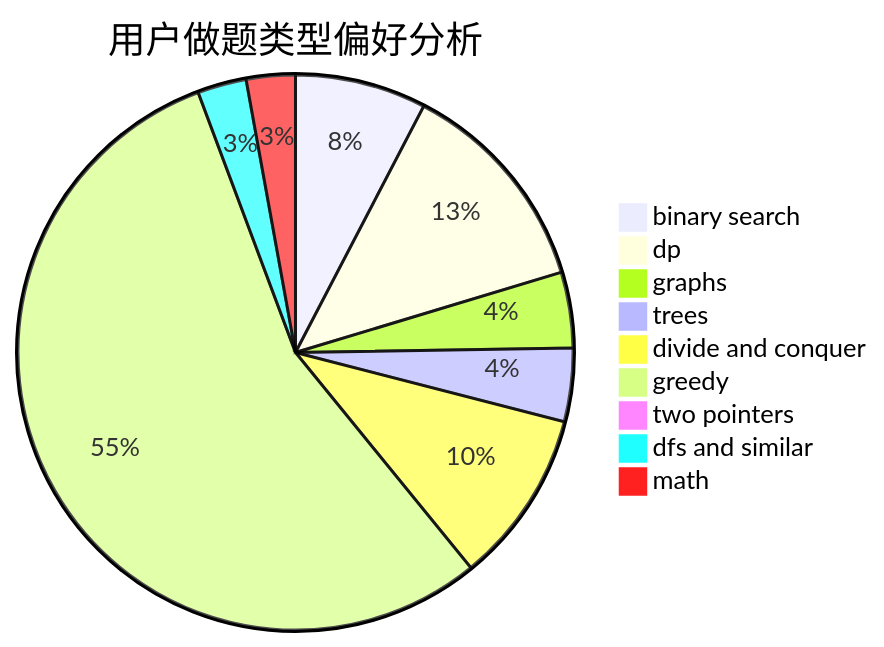
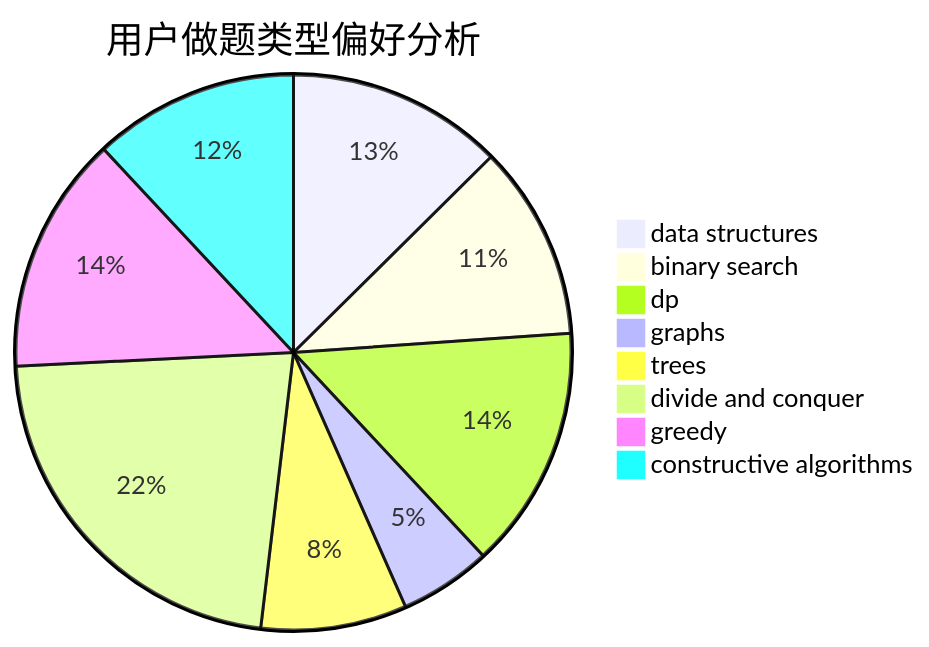
The second of 3 diagrams in docs/user/u1156.md (sherpahu/cfrs.github.io), drawn with Mermaid before and after one commit. The commit also changed other lines of this file and 2775 other files, not shown here.

````diff
--- a/docs/user/u1156.md
+++ b/docs/user/u1156.md
@@ -23,12 +23,11 @@
 ```mermaid
 pie title 用户做题类型偏好分析
-    "binary search" :  59
-    "dp" :  98
-    "graphs" :  34
-    "trees" :  33
-    "divide and conquer" :  78
-    "greedy" :  426
-    "two pointers" :  0
-    "dfs and similar" :  22
-    "math" :  22
+    "data structures" :  40
+    "binary search" :  36
+    "dp" :  45
+    "graphs" :  17
+    "trees" :  27
+    "divide and conquer" :  71
+    "greedy" :  44
+    "constructive algorithms" :  38
 ```
````
